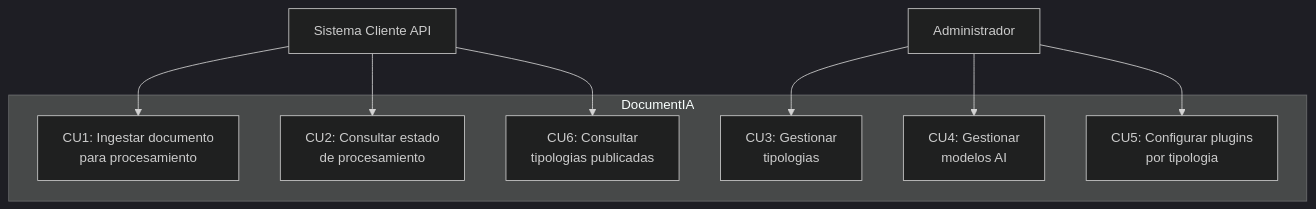
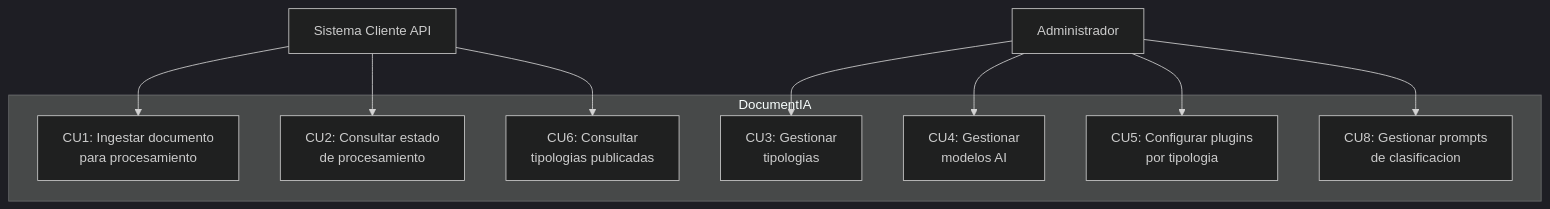
The second of 3 diagrams in docs/02_ANALISIS_FUNCIONAL.md (nvcrisologo02/AI-DocClassExt), drawn with Mermaid (dark theme) before and after one commit. The commit also changed other lines of this file and 20 other files, not shown here.

````diff
--- a/docs/02_ANALISIS_FUNCIONAL.md
+++ b/docs/02_ANALISIS_FUNCIONAL.md
@@ -62,21 +62,23 @@
 ```mermaid
 flowchart TB
     SCA["Sistema Cliente API"]
     ADM["Administrador"]
 
     subgraph DocumentIA["DocumentIA"]
         CU1["CU1: Ingestar documento<br/>para procesamiento"]
         CU2["CU2: Consultar estado<br/>de procesamiento"]
         CU3["CU3: Gestionar<br/>tipologias"]
         CU4["CU4: Gestionar<br/>modelos AI"]
         CU5["CU5: Configurar plugins<br/>por tipologia"]
         CU6["CU6: Consultar<br/>tipologias publicadas"]
+        CU8["CU8: Gestionar prompts<br/>de clasificacion"]
     end
 
     SCA --> CU1
     SCA --> CU2
     SCA --> CU6
     ADM --> CU3
     ADM --> CU4
     ADM --> CU5
+    ADM --> CU8
 ```
````
